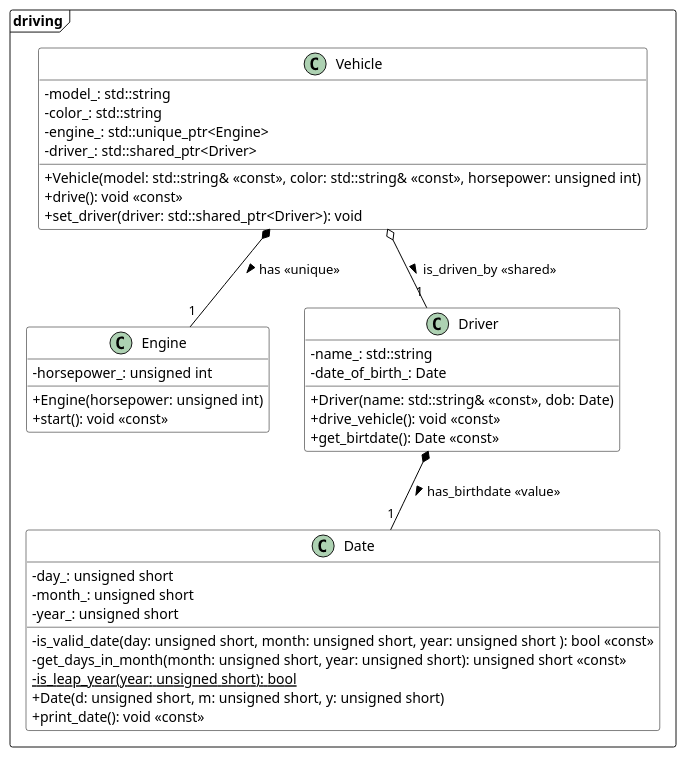
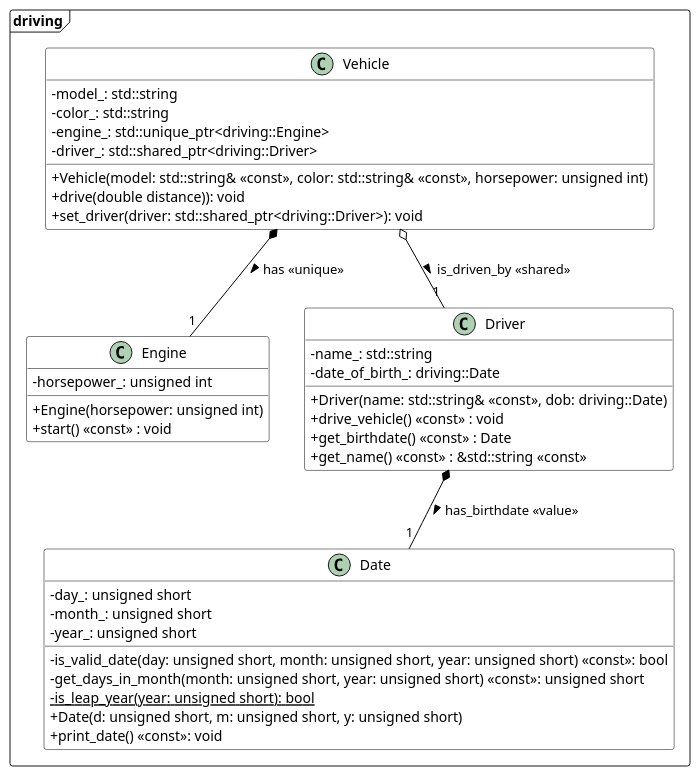
One commit to rahulk-99/enpm702_fall2024 changed the diagram in lecture8/diagrams/driving.wsd. Above: the diagram before and after it, drawn with PlantUML. The commit also changed 17 other files, not shown here.

```diff
--- a/lecture8/diagrams/driving.wsd
+++ b/lecture8/diagrams/driving.wsd
@@ -1,50 +1,51 @@
 @startuml "Driving Scenario"
 
 skinparam classAttributeIconSize 0
 skinparam class {
     BackgroundColor White
     ArrowColor Black
     BorderColor Black
 }
 
 Package driving <<Frame>>{
 class Vehicle {
     -model_: std::string
     -color_: std::string
-    -engine_: std::unique_ptr<Engine>
-    -driver_: std::shared_ptr<Driver>
+    -engine_: std::unique_ptr<driving::Engine>
+    -driver_: std::shared_ptr<driving::Driver>
     +Vehicle(model: std::string& <<const>>, color: std::string& <<const>>, horsepower: unsigned int)
-    +drive(): void <<const>>
-    +set_driver(driver: std::shared_ptr<Driver>): void
+    +drive(double distance)): void
+    +set_driver(driver: std::shared_ptr<driving::Driver>): void
 }
 
 class Engine {
     -horsepower_: unsigned int
     +Engine(horsepower: unsigned int)
-    +start(): void <<const>>
+    +start() <<const>> : void
 }
 
 class Driver {
     -name_: std::string
-    -date_of_birth_: Date
-    +Driver(name: std::string& <<const>>, dob: Date)
-    +drive_vehicle(): void <<const>>
-    +get_birtdate(): Date <<const>>
+    -date_of_birth_: driving::Date
+    +Driver(name: std::string& <<const>>, dob: driving::Date)
+    +drive_vehicle() <<const>> : void
+    +get_birthdate() <<const>> : Date 
+    +get_name() <<const>> : &std::string <<const>> 
 }
 
 class Date {
     - day_: unsigned short
     - month_: unsigned short
     - year_: unsigned short
-    - is_valid_date(day: unsigned short, month: unsigned short, year: unsigned short ): bool <<const>>
-    - get_days_in_month(month: unsigned short, year: unsigned short): unsigned short <<const>>
+    - is_valid_date(day: unsigned short, month: unsigned short, year: unsigned short) <<const>>: bool 
+    - get_days_in_month(month: unsigned short, year: unsigned short) <<const>>: unsigned short
     - {static} is_leap_year(year: unsigned short): bool
     + Date(d: unsigned short, m: unsigned short, y: unsigned short)
-    + print_date(): void <<const>>
+    + print_date() <<const>>: void
 }
 
 Vehicle *-- "1" Engine : has <<unique>> >
 Vehicle o-- "1" Driver : is_driven_by <<shared>> >
 Driver *-- "1" Date : has_birthdate <<value>> >
 }
 @enduml
```
